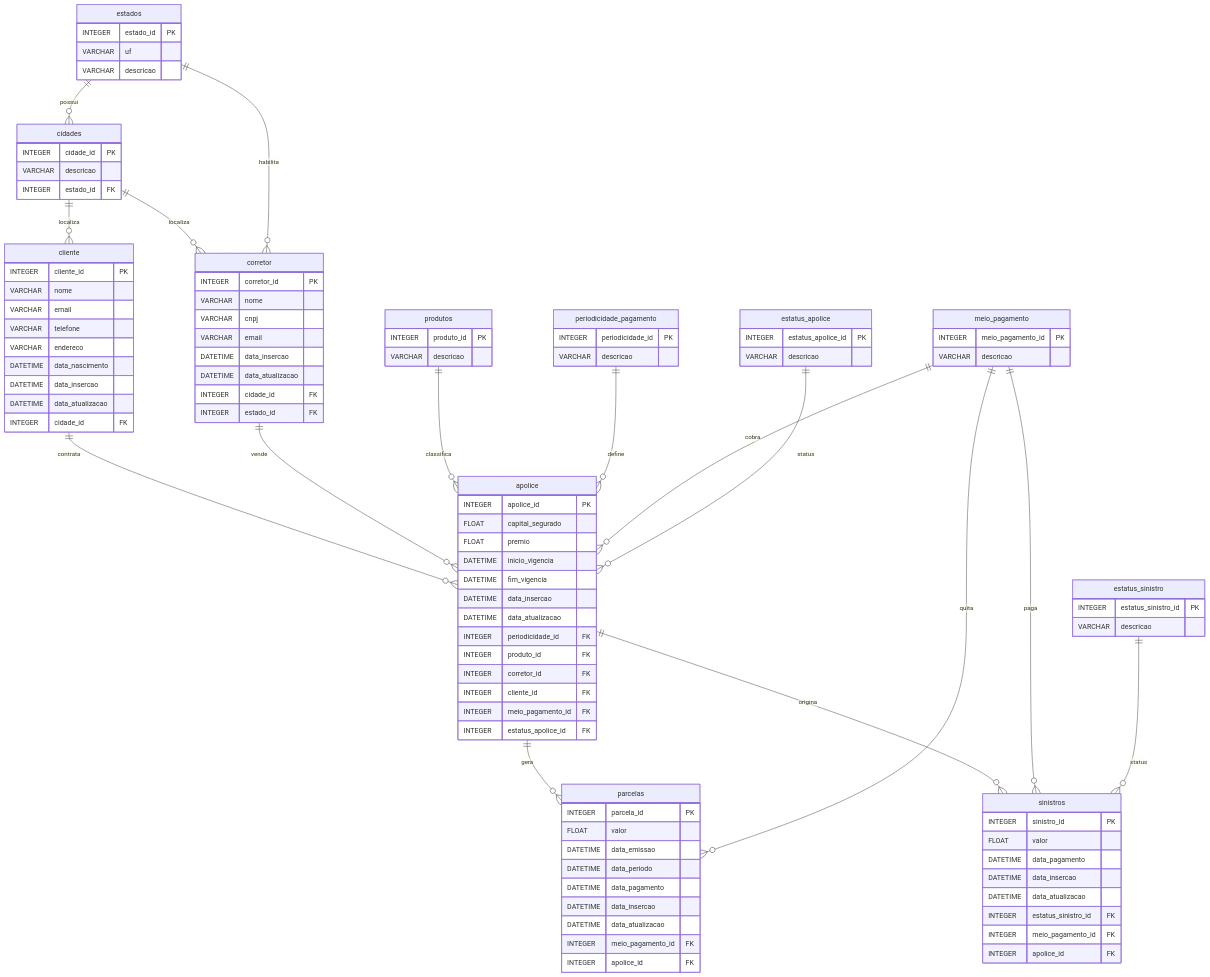
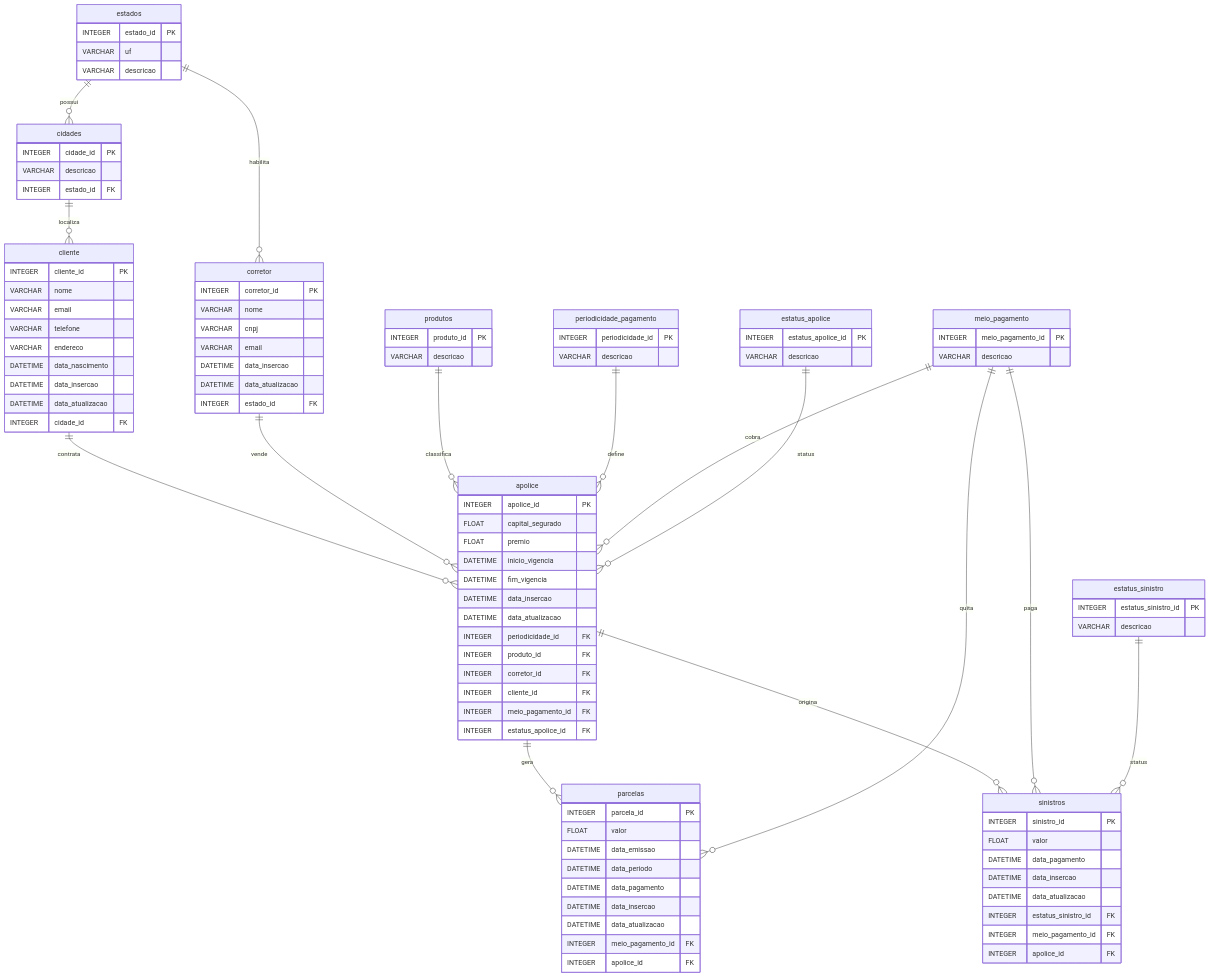
The diagram in apps/seed/README.md (dataforgebr-edu/forlife-insurance-company), drawn with Mermaid before and after one commit.

Commit message:
docs: ajuste do apps/seed/readme.md para corrigie o relacionamento entre cidade/corretor

```diff
--- a/apps/seed/README.md
+++ b/apps/seed/README.md
@@ -149,7 +149,6 @@
     VARCHAR email
     DATETIME data_insercao
     DATETIME data_atualizacao
-    INTEGER cidade_id FK
     INTEGER estado_id FK
   }
 
@@ -231,7 +230,6 @@
 
   estados ||--o{ cidades : possui
   cidades ||--o{ cliente : localiza
-  cidades ||--o{ corretor : localiza
   estados ||--o{ corretor : habilita
 
   cliente ||--o{ apolice : contrata
```
